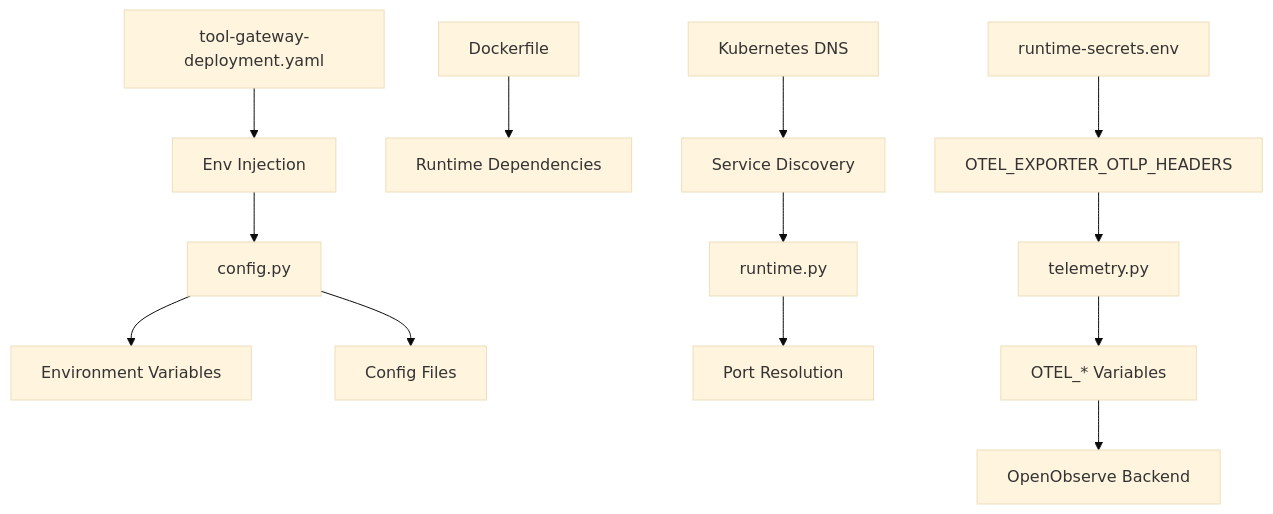
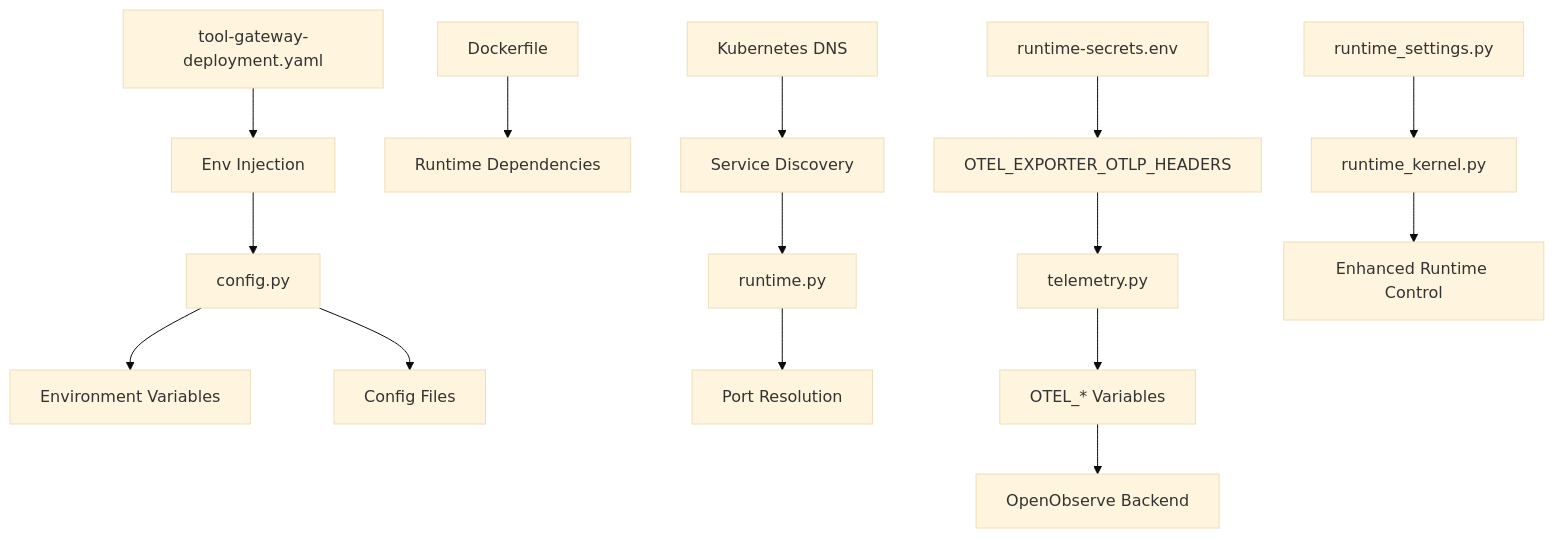
One commit to metasync/luban-aiops changed diagram 11 of 11 in .qoder/repowiki/en/content/Tool Gateway Service/Configuration and Environment Setup.md. Above: the diagram before and after it, drawn with Mermaid (base theme). The commit also changed other lines of this file and 25 other files, not shown here.

````diff
--- a/.qoder/repowiki/en/content/Tool Gateway Service/Configuration and Environment Setup.md
+++ b/.qoder/repowiki/en/content/Tool Gateway Service/Configuration and Environment Setup.md
@@ -394,15 +459,17 @@
 ```mermaid
 graph TB
 CFG["config.py"] --> ENV["Environment Variables"]
 CFG --> FILE["Config Files"]
 RT["runtime.py"] --> PORT["Port Resolution"]
 DNS["Kubernetes DNS"] --> SVC["Service Discovery"]
 DOCKER["Dockerfile"] --> RUNTIME["Runtime Dependencies"]
 K8S["tool-gateway-deployment.yaml"] --> INJECT["Env Injection"]
 INJECT --> CFG
 SVC --> RT
 OTel["telemetry.py"] --> OTEL_ENV["OTEL_* Variables"]
 OTEL_ENV --> Backend["OpenObserve Backend"]
 Secrets["runtime-secrets.env"] --> AuthHeaders["OTEL_EXPORTER_OTLP_HEADERS"]
 AuthHeaders --> OTel
+AgentSettings["runtime_settings.py"] --> AgentKernel["runtime_kernel.py"]
+AgentKernel --> EnhancedRuntime["Enhanced Runtime Control"]
 ```
````
